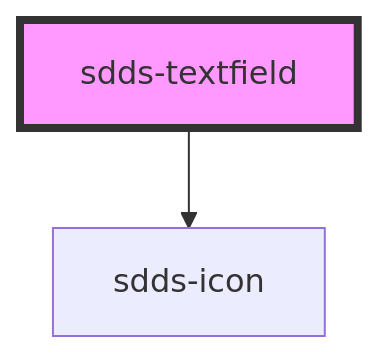
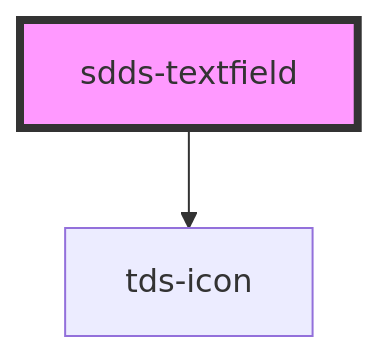
Before and after one commit to scania-digital-design-system/tegel: the diagram in core/src/components/textfield/readme.md, drawn with Mermaid. The commit also changed other lines of this file and 71 other files, not shown here.

````diff
--- a/core/src/components/textfield/readme.md
+++ b/core/src/components/textfield/readme.md
@@ -44,5 +44,5 @@
 ```mermaid
 graph TD;
-  sdds-textfield --> sdds-icon
+  sdds-textfield --> tds-icon
   style sdds-textfield fill:#f9f,stroke:#333,stroke-width:4px
 ```
````
